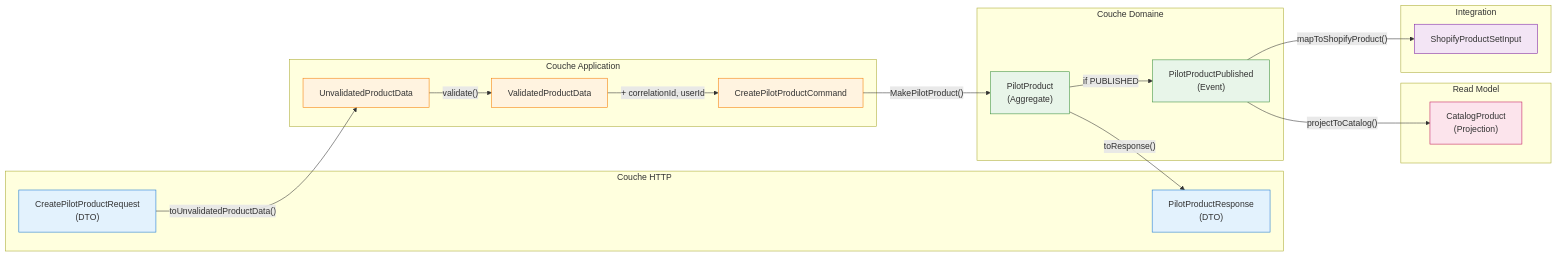
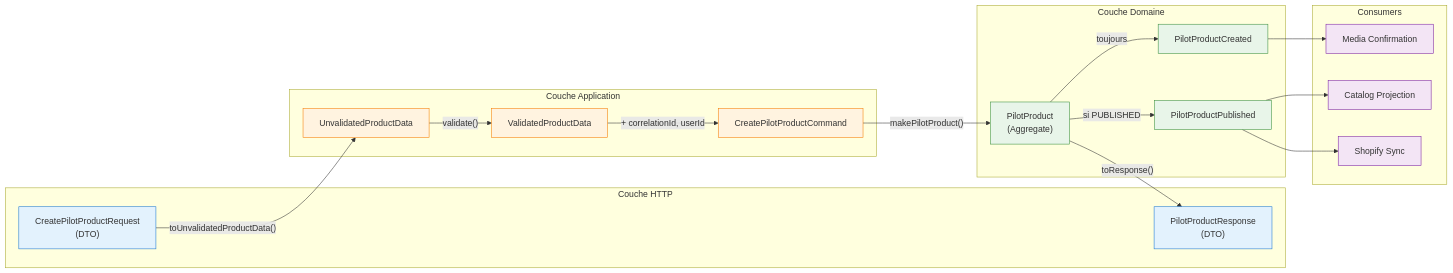
The second of 2 diagrams in apps/docs/docs/architecture/data-flows/pilot-to-catalog.mdx (aagwali/maison-amane), drawn with Mermaid before and after one commit. The commit also changed other lines of this file and 9 other files, not shown here.

````diff
--- a/apps/docs/docs/architecture/data-flows/pilot-to-catalog.mdx
+++ b/apps/docs/docs/architecture/data-flows/pilot-to-catalog.mdx
@@ -362,47 +323,46 @@
 ```mermaid
 flowchart LR
     subgraph HTTP["Couche HTTP"]
         Request["CreatePilotProductRequest<br/>(DTO)"]
         Response["PilotProductResponse<br/>(DTO)"]
     end
 
     subgraph App["Couche Application"]
         Unvalidated["UnvalidatedProductData"]
         Validated["ValidatedProductData"]
         Command["CreatePilotProductCommand"]
     end
 
     subgraph Domain["Couche Domaine"]
         Pilot["PilotProduct<br/>(Aggregate)"]
-        Event["PilotProductPublished<br/>(Event)"]
+        EventCreated["PilotProductCreated"]
+        EventPublished["PilotProductPublished"]
     end
 
-    subgraph ReadModel["Read Model"]
-        Catalog["CatalogProduct<br/>(Projection)"]
-    end
-
-    subgraph External["Integration"]
-        Shopify["ShopifyProductSetInput"]
+    subgraph Downstream["Consumers"]
+        Media["Media Confirmation"]
+        Catalog["Catalog Projection"]
+        Shopify["Shopify Sync"]
     end
 
     Request -->|"toUnvalidatedProductData()"| Unvalidated
     Unvalidated -->|"validate()"| Validated
     Validated -->|"+ correlationId, userId"| Command
-    Command -->|"MakePilotProduct()"| Pilot
-    Pilot -->|"if PUBLISHED"| Event
-    Event -->|"projectToCatalog()"| Catalog
-    Event -->|"mapToShopifyProduct()"| Shopify
+    Command -->|"makePilotProduct()"| Pilot
+    Pilot -->|"toujours"| EventCreated
+    Pilot -->|"si PUBLISHED"| EventPublished
+    EventCreated --> Media
+    EventPublished --> Catalog
+    EventPublished --> Shopify
     Pilot -->|"toResponse()"| Response
 
     classDef http fill:#e3f2fd,stroke:#1976d2
     classDef app fill:#fff3e0,stroke:#f57c00
     classDef domain fill:#e8f5e9,stroke:#388e3c
-    classDef read fill:#fce4ec,stroke:#c2185b
-    classDef external fill:#f3e5f5,stroke:#7b1fa2
+    classDef downstream fill:#f3e5f5,stroke:#7b1fa2
 
     class Request,Response http
     class Unvalidated,Validated,Command app
-    class Pilot,Event domain
-    class Catalog read
-    class Shopify external
+    class Pilot,EventCreated,EventPublished domain
+    class Media,Catalog,Shopify downstream
 ```
````
